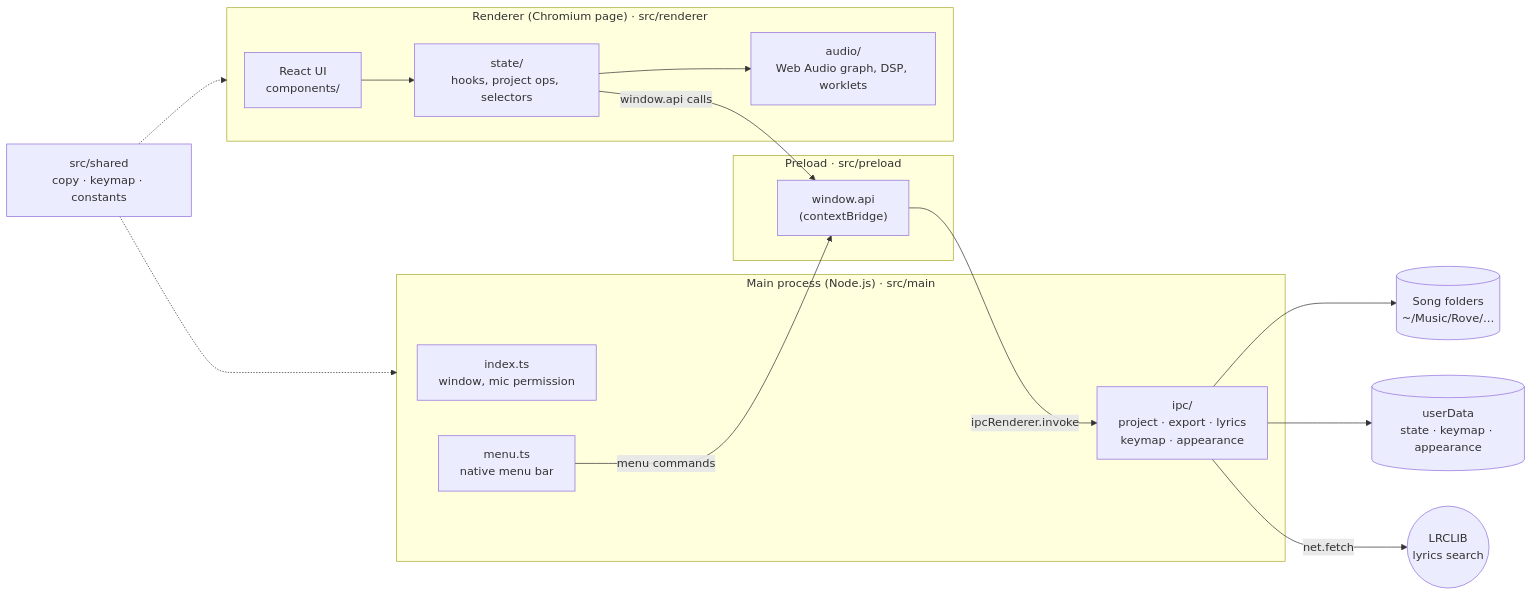
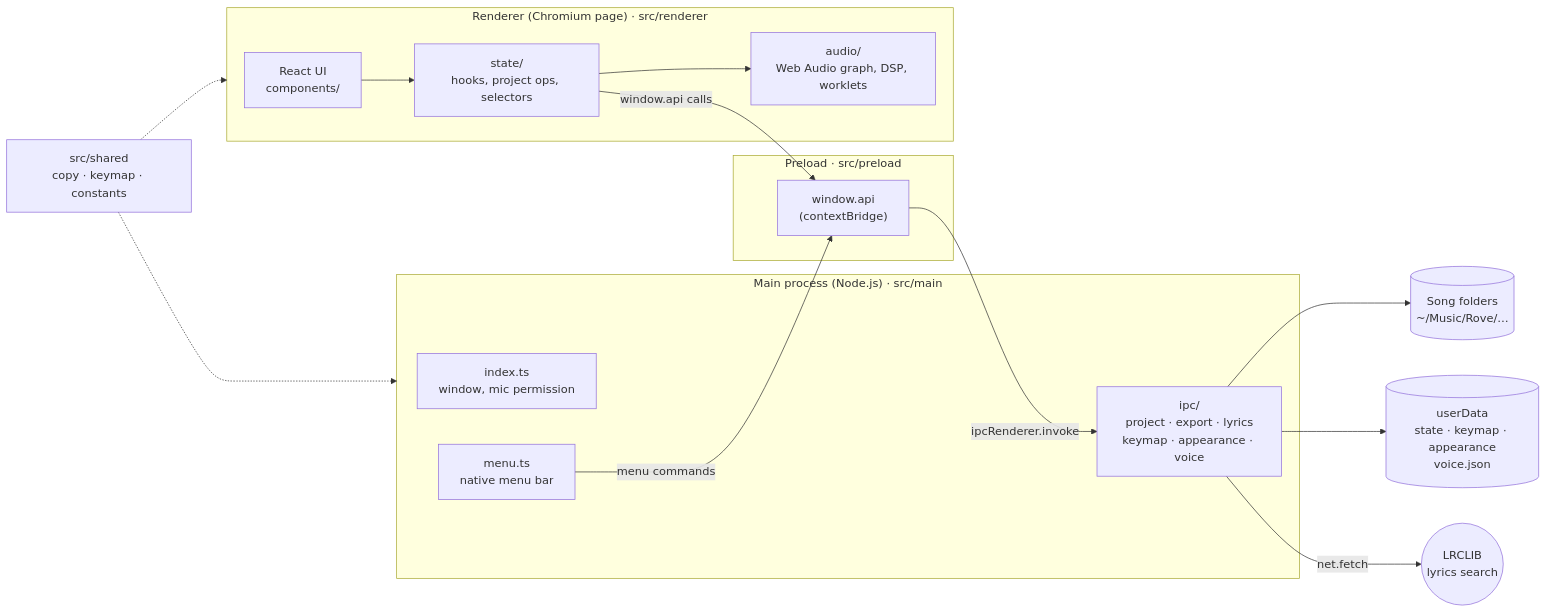
Before and after one commit to andy-techen/rove: the first of 6 diagrams in docs/architecture.md, drawn with Mermaid. The commit also changed other lines of this file and 12 other files, not shown here.

````diff
--- a/docs/architecture.md
+++ b/docs/architecture.md
@@ -10,30 +10,30 @@
 ```mermaid
 flowchart LR
   subgraph Main["Main process (Node.js) · src/main"]
     index["index.ts<br/>window, mic permission"]
     menu["menu.ts<br/>native menu bar"]
-    ipc["ipc/<br/>project · export · lyrics<br/>keymap · appearance"]
+    ipc["ipc/<br/>project · export · lyrics<br/>keymap · appearance · voice"]
   end
 
   subgraph Preload["Preload · src/preload"]
     api["window.api<br/>(contextBridge)"]
   end
 
   subgraph Renderer["Renderer (Chromium page) · src/renderer"]
     react["React UI<br/>components/"]
     state["state/<br/>hooks, project ops, selectors"]
     audio["audio/<br/>Web Audio graph, DSP, worklets"]
   end
 
   shared["src/shared<br/>copy · keymap · constants"]
 
   react --> state --> audio
   state -- "window.api calls" --> api
   api -- "ipcRenderer.invoke" --> ipc
   menu -- "menu commands" --> api
   ipc --> disk[("Song folders<br/>~/Music/Rove/…")]
-  ipc --> userData[("userData<br/>state · keymap · appearance")]
+  ipc --> userData[("userData<br/>state · keymap · appearance<br/>voice.json")]
   ipc -- "net.fetch" --> lrclib(("LRCLIB<br/>lyrics search"))
   shared -.-> Main
   shared -.-> Renderer
 ```
````
